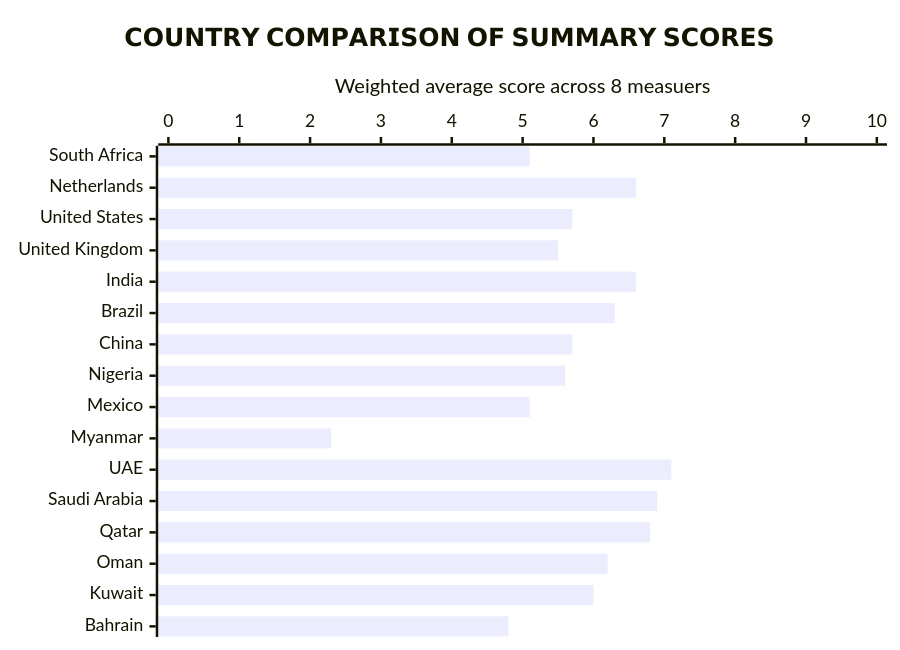
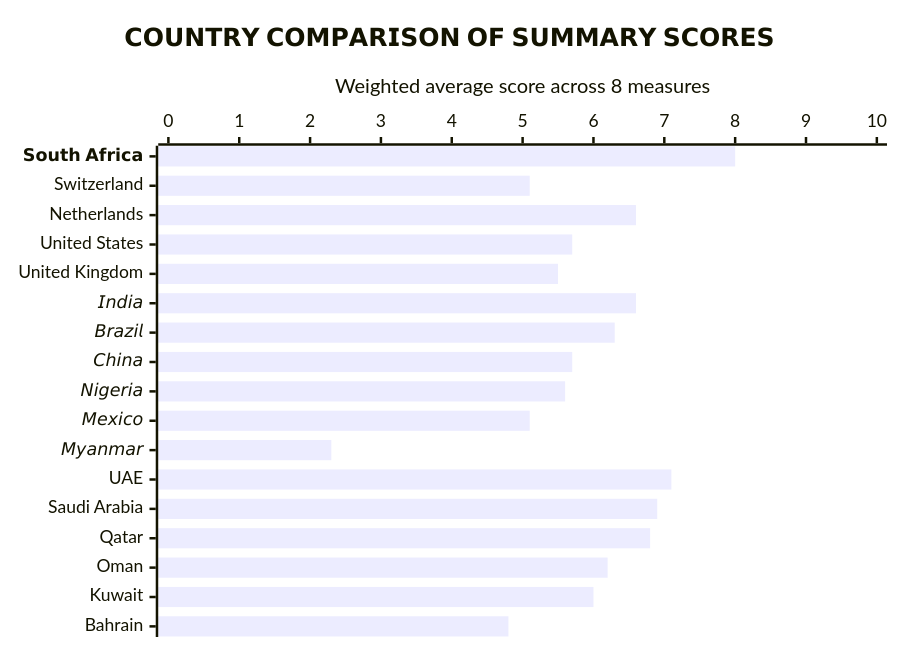
The second of 2 diagrams in articles-posts/economic-and-policy-sentiment-zaf.md (Tellusant/docs), drawn with Mermaid before and after one commit. The commit also changed other lines of this file, not shown here.

```diff
--- a/articles-posts/economic-and-policy-sentiment-zaf.md
+++ b/articles-posts/economic-and-policy-sentiment-zaf.md
@@ -60,9 +65,9 @@
 <div class="mermaid">
 
 xychart-beta horizontal
     title "𝗖𝗢𝗨𝗡𝗧𝗥𝗬 𝗖𝗢𝗠𝗣𝗔𝗥𝗜𝗦𝗢𝗡 𝗢𝗙 𝗦𝗨𝗠𝗠𝗔𝗥𝗬 𝗦𝗖𝗢𝗥𝗘𝗦"
-    x-axis ["South Africa", "Netherlands", "United States", "United Kingdom", "India", "Brazil", "China", "Nigeria", "Mexico", "Myanmar", "UAE", "Saudi Arabia", "Qatar","Oman", "Kuwait", "Bahrain"]
-    y-axis "Weighted average score across 8 measuers" 0 --> 10
-    bar [5.1, 6.6, 5.7, 5.5, 6.6, 6.3, 5.7, 5.6, 5.1, 2.3, 7.1, 6.9, 6.8, 6.2, 6.0, 4.8]
+    x-axis ["𝗦𝗼𝘂𝘁𝗵 𝗔𝗳𝗿𝗶𝗰𝗮", "Switzerland", "Netherlands", "United States", "United Kingdom", "𝘐𝘯𝘥𝘪𝘢", "𝘉𝘳𝘢𝘻𝘪𝘭", "𝘊𝘩𝘪𝘯𝘢", "𝘕𝘪𝘨𝘦𝘳𝘪𝘢", "𝘔𝘦𝘹𝘪𝘤𝘰", "𝘔𝘺𝘢𝘯𝘮𝘢𝘳", "UAE", "Saudi Arabia", "Qatar","Oman", "Kuwait", "Bahrain"]
+    y-axis "Weighted average score across 8 measures" 0 --> 10
+    bar [8.0, 5.1, 6.6, 5.7, 5.5, 6.6, 6.3, 5.7, 5.6, 5.1, 2.3, 7.1, 6.9, 6.8, 6.2, 6.0, 4.8]
     
 </div>
```
